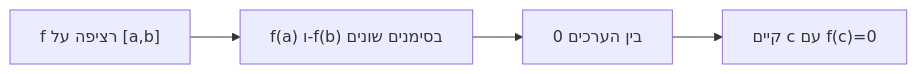
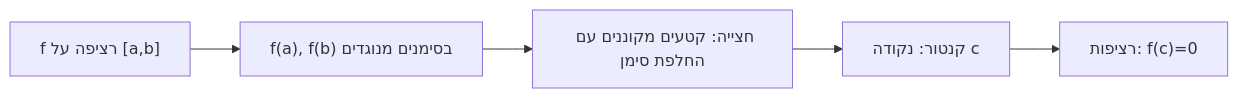
One commit to Moshiko-Sarig/Calc1-The-Open-University changed the diagram in חשבון אינפיסימטלי 1/יחידה 5 - פונקציות רציפות/משפט ערך הביניים.md. Above: the diagram before and after it, drawn with Mermaid. The commit also changed other lines of this file and 4 other files, not shown here.

````diff
--- a/חשבון אינפיסימטלי 1/יחידה 5 - פונקציות רציפות/משפט ערך הביניים.md
+++ b/חשבון אינפיסימטלי 1/יחידה 5 - פונקציות רציפות/משפט ערך הביניים.md
@@ -53,6 +62,7 @@
 ```mermaid
 flowchart LR
-    A["f רציפה על [a,b]"] --> B["f(a) ו-f(b) בסימנים שונים"]
-    B --> C["0 בין הערכים"]
-    C --> D["קיים c עם f(c)=0"]
+    A["f רציפה על [a,b]"] --> B["f(a), f(b) בסימנים מנוגדים"]
+    B --> C["חצייה: קטעים מקוננים עם החלפת סימן"]
+    C --> D["קנטור: נקודה c"]
+    D --> E["רציפות: f(c)=0"]
 ```
````
